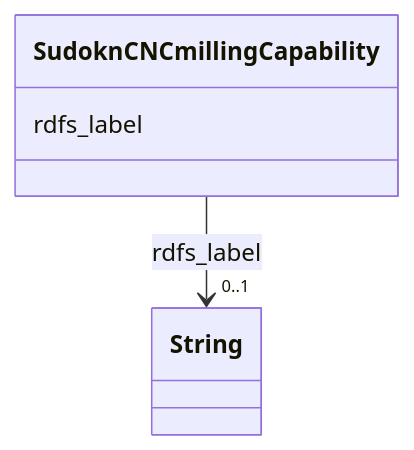
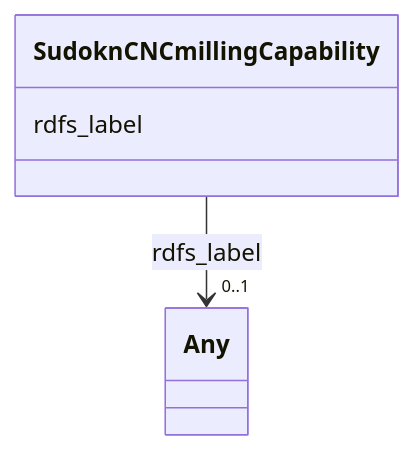
The diagram in sudokn-kg/classes/SudoknCNCmillingCapability.md (frink-okn/graph-descriptions), drawn with Mermaid before and after one commit. The commit also changed other lines of this file and 903 other files, not shown here.

````diff
--- a/sudokn-kg/classes/SudoknCNCmillingCapability.md
+++ b/sudokn-kg/classes/SudoknCNCmillingCapability.md
@@ -23,15 +18,15 @@
 ```mermaid
  classDiagram
     class SudoknCNCmillingCapability
     click SudoknCNCmillingCapability href "../SudoknCNCmillingCapability"
       SudoknCNCmillingCapability : rdfs_label
         
           
     
     
-    SudoknCNCmillingCapability --> "0..1" String : rdfs_label
-    click String href "../String"
+    SudoknCNCmillingCapability --> "0..1" Any : rdfs_label
+    click Any href "../Any"
 
         
       
 ```
````
